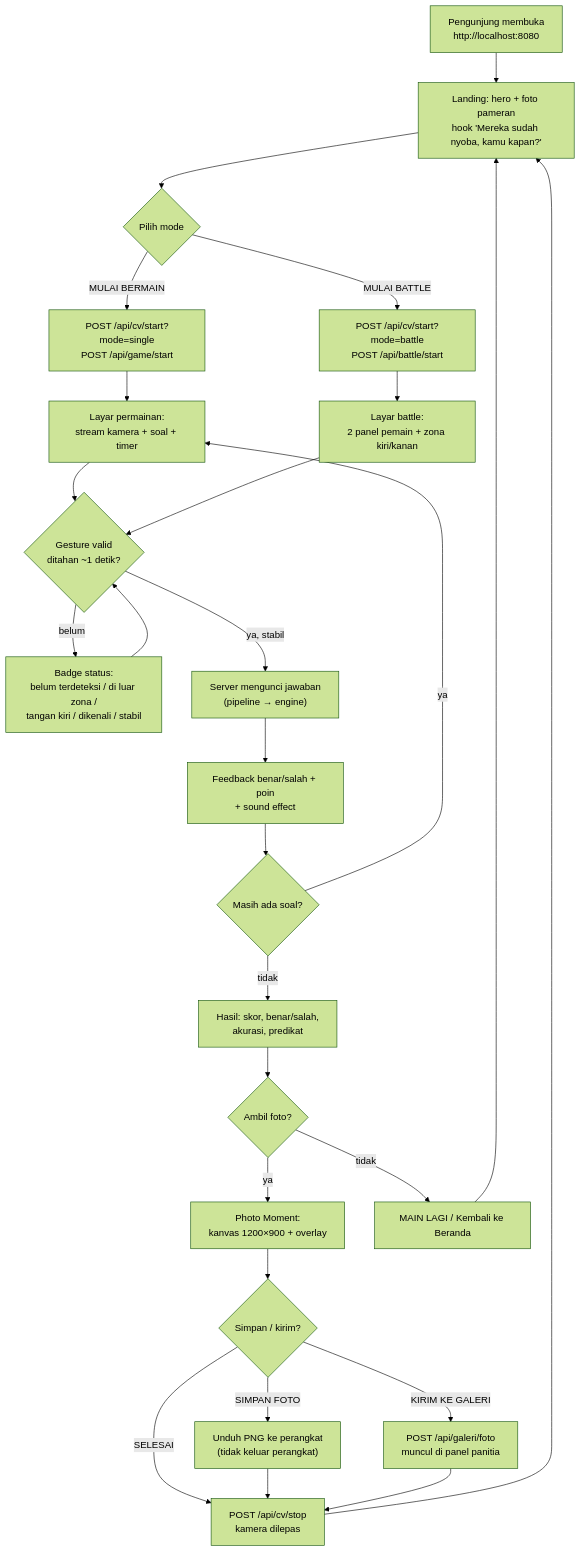
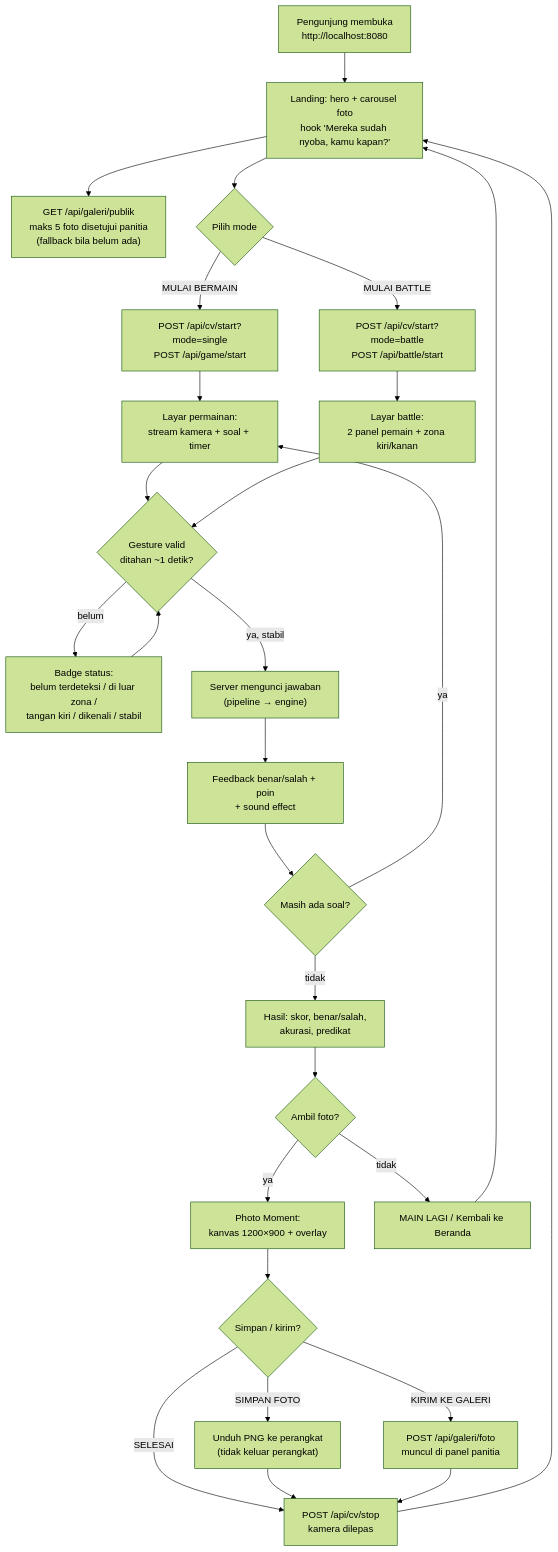
One commit to anggaraniirma-cmy/project-dtpkelompok1 changed the second of 2 diagrams in docs/ARSITEKTUR_SKOMDA_GESTURE_QUIZ.md. Above: the diagram before and after it, drawn with Mermaid (forest theme). The commit also changed other lines of this file and 26 other files, not shown here.

````diff
--- a/docs/ARSITEKTUR_SKOMDA_GESTURE_QUIZ.md
+++ b/docs/ARSITEKTUR_SKOMDA_GESTURE_QUIZ.md
@@ -554,29 +596,30 @@
 ```mermaid
 flowchart TD
-    A["Pengunjung membuka<br/>http://localhost:8080"] --> B["Landing: hero + foto pameran<br/>hook 'Mereka sudah nyoba, kamu kapan?'"]
+    A["Pengunjung membuka<br/>http://localhost:8080"] --> B["Landing: hero + carousel foto<br/>hook 'Mereka sudah nyoba, kamu kapan?'"]
+    B --> B2["GET /api/galeri/publik<br/>maks 5 foto disetujui panitia<br/>(fallback bila belum ada)"]
     B --> C{"Pilih mode"}
     C -->|"MULAI BERMAIN"| D["POST /api/cv/start?mode=single<br/>POST /api/game/start"]
     C -->|"MULAI BATTLE"| E["POST /api/cv/start?mode=battle<br/>POST /api/battle/start"]
     D --> F["Layar permainan:<br/>stream kamera + soal + timer"]
     E --> G["Layar battle:<br/>2 panel pemain + zona kiri/kanan"]
     F --> H{"Gesture valid<br/>ditahan ~1 detik?"}
     G --> H
     H -->|"belum"| I["Badge status:<br/>belum terdeteksi / di luar zona /<br/>tangan kiri / dikenali / stabil"]
     I --> H
     H -->|"ya, stabil"| J["Server mengunci jawaban<br/>(pipeline → engine)"]
     J --> K["Feedback benar/salah + poin<br/>+ sound effect"]
     K --> L{"Masih ada soal?"}
     L -->|"ya"| F
     L -->|"tidak"| M["Hasil: skor, benar/salah,<br/>akurasi, predikat"]
     M --> N{"Ambil foto?"}
     N -->|"ya"| O["Photo Moment:<br/>kanvas 1200×900 + overlay"]
     O --> P{"Simpan / kirim?"}
     P -->|"SIMPAN FOTO"| Q["Unduh PNG ke perangkat<br/>(tidak keluar perangkat)"]
     P -->|"KIRIM KE GALERI"| R["POST /api/galeri/foto<br/>muncul di panel panitia"]
     P -->|"SELESAI"| S["POST /api/cv/stop<br/>kamera dilepas"]
     N -->|"tidak"| T["MAIN LAGI / Kembali ke Beranda"]
     Q --> S
     R --> S
     S --> B
     T --> B
 ```
````
